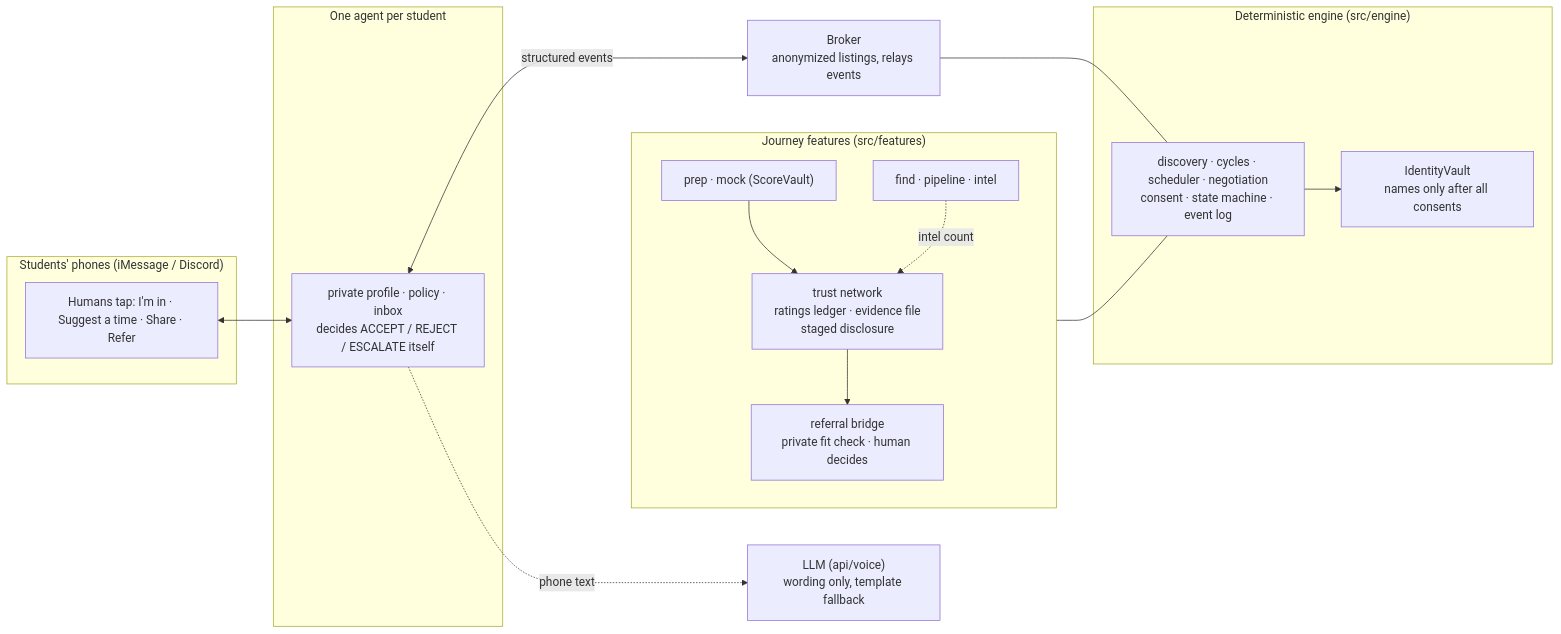
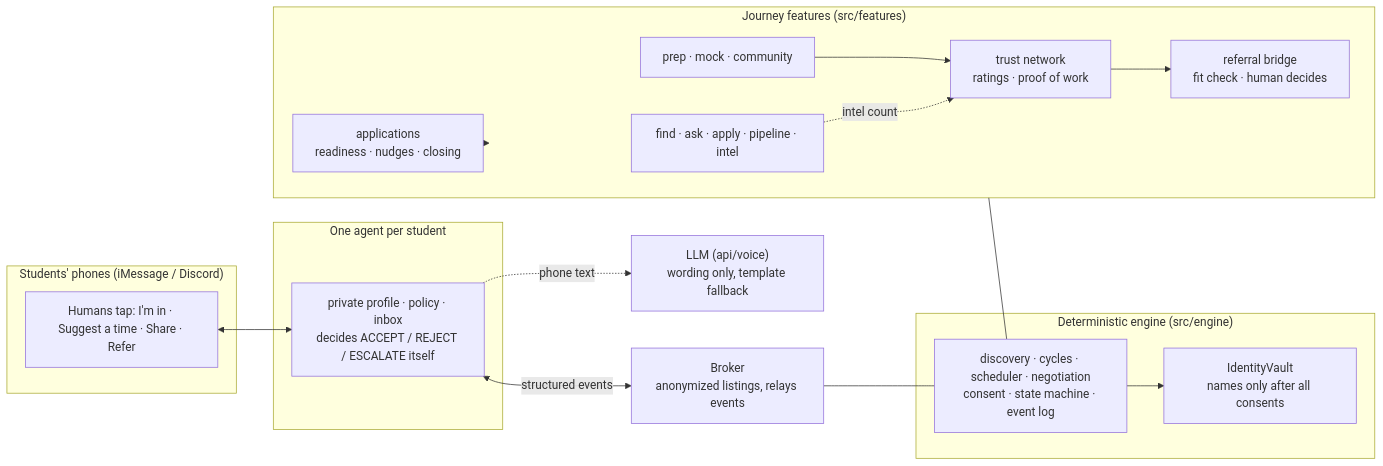
The diagram in README.md (sgupt354/hirearchy-agents), drawn with Mermaid before and after one commit. The commit also changed other lines of this file and 2 other files, not shown here.

````diff
--- a/README.md
+++ b/README.md
@@ -288,29 +262,31 @@
 ```mermaid
 flowchart LR
   subgraph Phones["Students' phones (iMessage / Discord)"]
     H["Humans tap: I'm in · Suggest a time · Share · Refer"]
   end
   subgraph Agents["One agent per student"]
     A["private profile · policy · inbox<br/>decides ACCEPT / REJECT / ESCALATE itself"]
   end
   B["Broker<br/>anonymized listings, relays events"]
   subgraph Engine["Deterministic engine (src/engine)"]
     E["discovery · cycles · scheduler · negotiation<br/>consent · state machine · event log"]
     V["IdentityVault<br/>names only after all consents"]
   end
   subgraph Features["Journey features (src/features)"]
-    F1["find · pipeline · intel"]
-    F2["prep · mock (ScoreVault)"]
-    T["trust network<br/>ratings ledger · evidence file<br/>staged disclosure"]
-    R["referral bridge<br/>private fit check · human decides"]
+    F1["find · ask · apply · pipeline · intel"]
+    F2["prep · mock · community"]
+    J["applications<br/>readiness · nudges · closing"]
+    T["trust network<br/>ratings · proof of work"]
+    R["referral bridge<br/>fit check · human decides"]
   end
   L["LLM (api/voice)<br/>wording only, template fallback"]
   H <--> A
   A <-->|structured events| B
   B --- E
   E --> V
   F2 --> T --> R
   F1 -.->|intel count| T
+  J -.-> Features
   Features --- E
   A -.->|phone text| L
 ```
````
